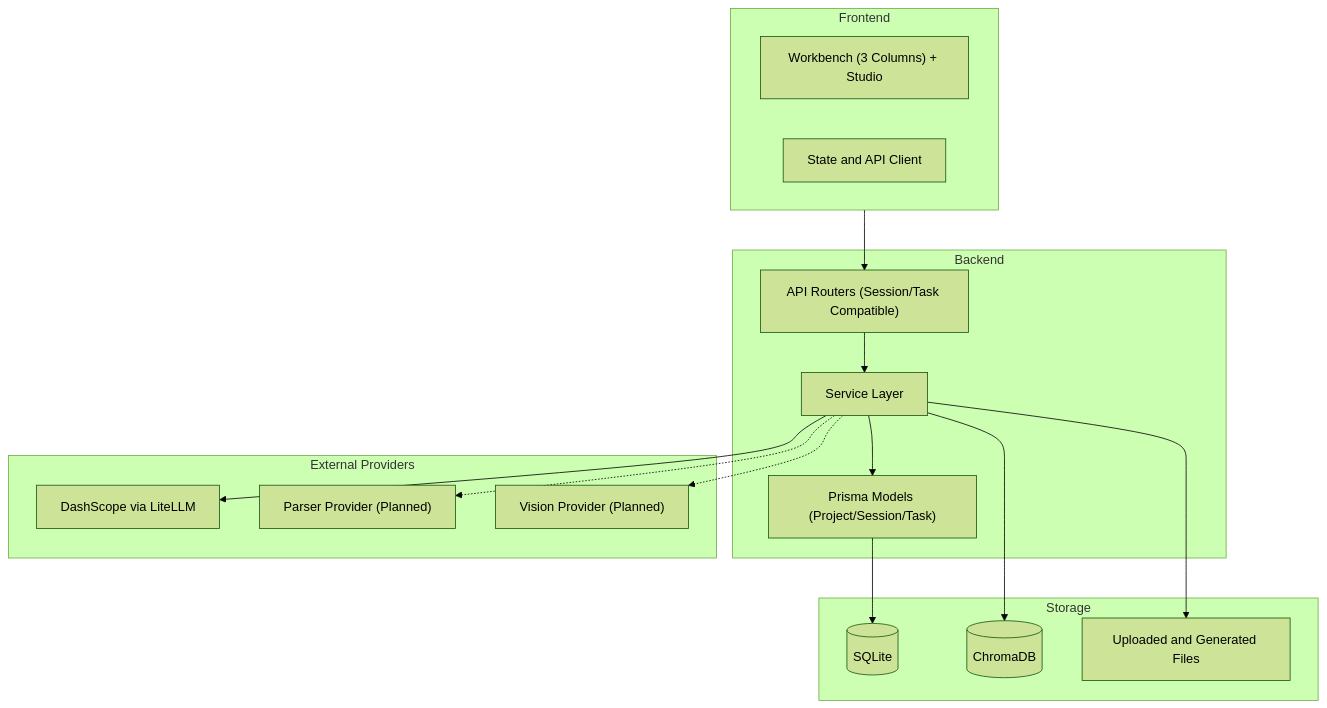
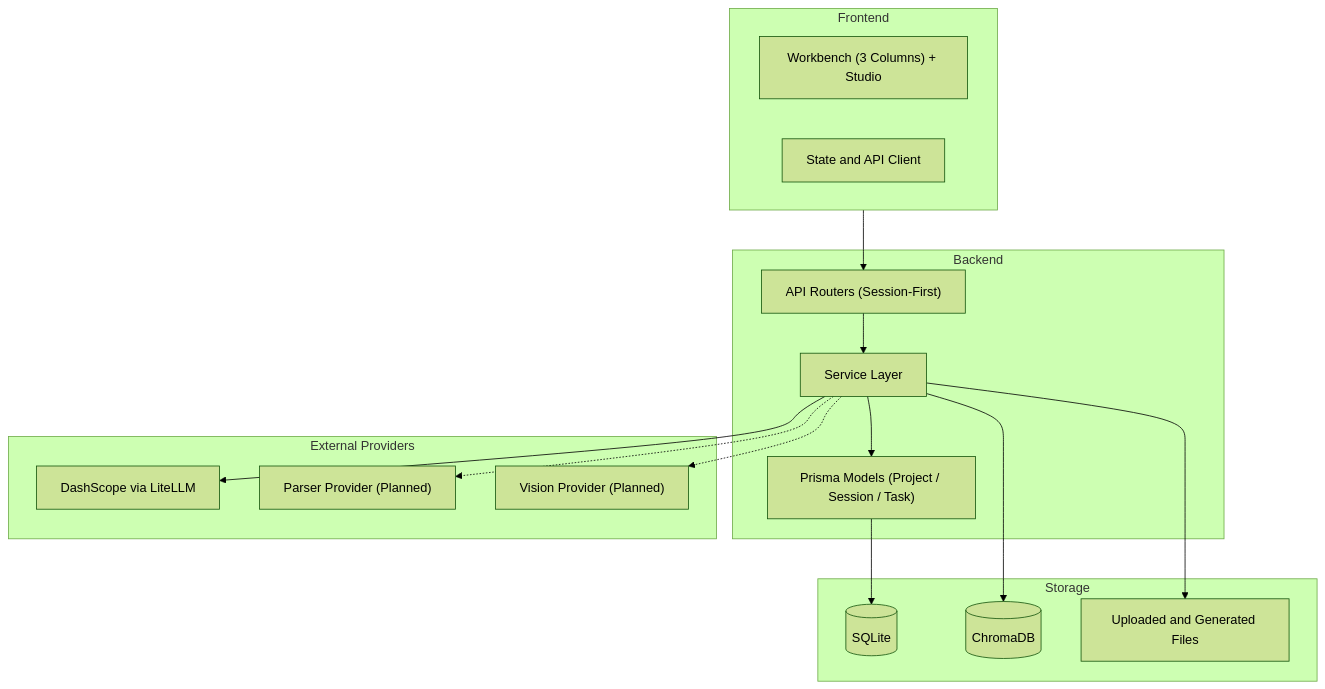
The diagram in docs/architecture/system/overview.md (ln-one/Spectra), drawn with Mermaid (forest theme) before and after one commit. The commit also changed other lines of this file and 12 other files, not shown here.

Commit message:
Align architecture docs and add project-space target contract

````diff
--- a/docs/architecture/system/overview.md
+++ b/docs/architecture/system/overview.md
@@ -11,35 +11,35 @@
 ```mermaid
 flowchart TB
  subgraph FE["Frontend"]
  FEPages["Workbench (3 Columns) + Studio"]
  FEState["State and API Client"]
  end
 
  subgraph BE["Backend"]
- BERouter["API Routers (Session/Task Compatible)"]
+ BERouter["API Routers (Session-First)"]
  BEService["Service Layer"]
- BEModel["Prisma Models (Project/Session/Task)"]
+ BEModel["Prisma Models (Project / Session / Task)"]
  end
 
  subgraph Store["Storage"]
  DB[("SQLite")]
  VDB[("ChromaDB")]
  FS["Uploaded and Generated Files"]
  end
 
  subgraph Ext["External Providers"]
  LLM["DashScope via LiteLLM"]
  Parser["Parser Provider (Planned)"]
  Vision["Vision Provider (Planned)"]
  end
 
  FE --> BERouter
  BERouter --> BEService
  BEService --> BEModel
  BEModel --> DB
  BEService --> VDB
  BEService --> FS
  BEService --> LLM
  BEService -.-> Parser
  BEService -.-> Vision
 ```
````
